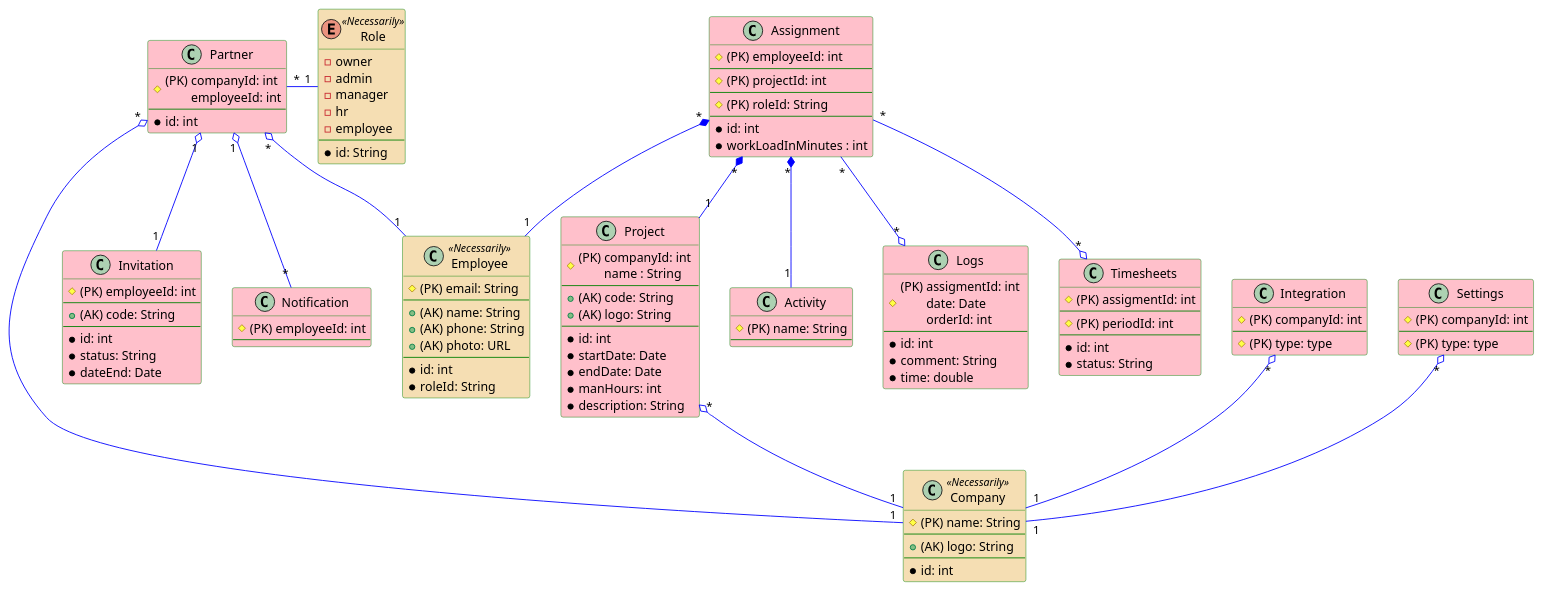
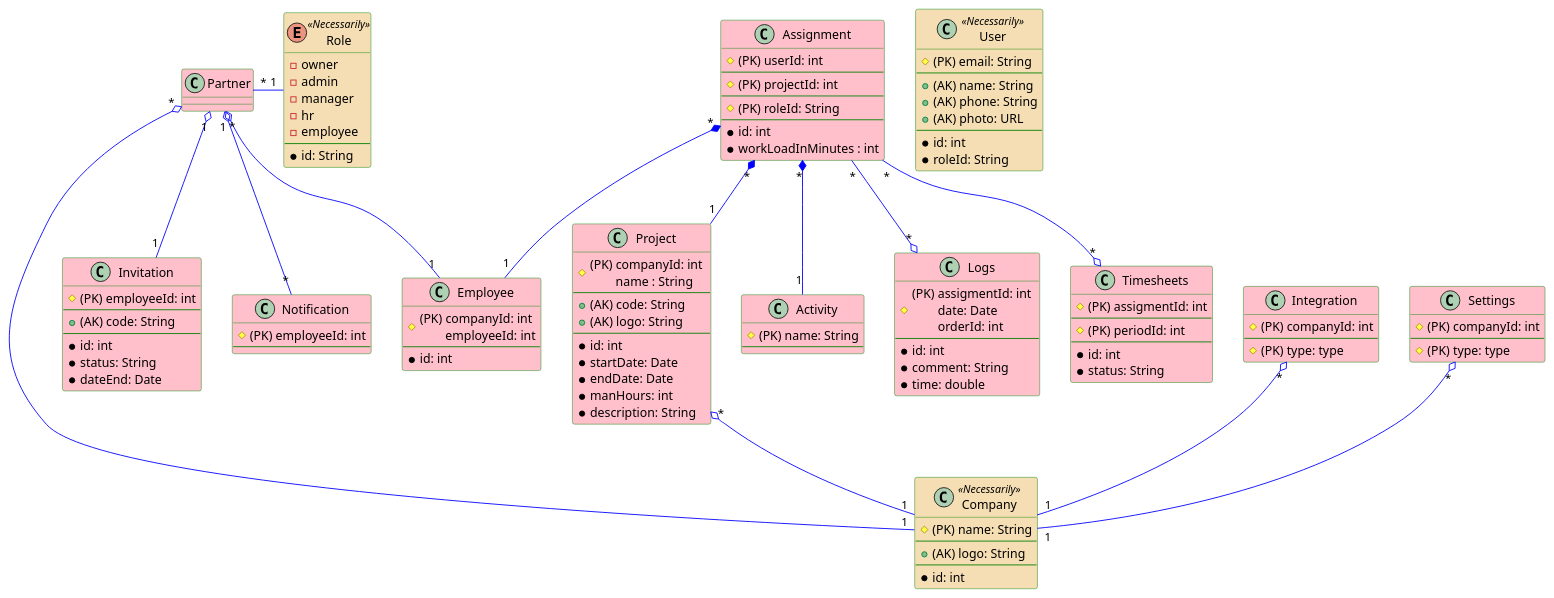
Before and after one commit to TicTacT0e/stormnet-springDJ: the diagram in src/schema.db.puml, drawn with PlantUML. The commit also changed 2 other files, not shown here.

Commit message:
change partner->employee

```diff
--- a/src/schema.db.puml
+++ b/src/schema.db.puml
@@ -1,132 +1,132 @@
 @startuml
 
     skinparam class {
         BackgroundColor Pink
         ArrowColor Blue
         BorderColor Green
         BackgroundColor<<Necessarily>> Wheat
     }
 
 	class Company <<Necessarily>> {
 	    # (PK) name: String
 	    --
 	    + (AK) logo: String
 	    --
 	    *id: int
 	}
 
-	class Partner {
+	class Employee {
 	    # (PK) companyId: int \n\temployeeId: int
 	    --
 	    *id: int
 	}
 
-	class Employee <<Necessarily>> {
+	class User <<Necessarily>> {
 	    # (PK) email: String
 	    --
 	    + (AK) name: String
 	    + (AK) phone: String
 	    + (AK) photo: URL
 	    --
 	    *id: int
 	    *roleId: String
 	}
 
 	class Project {
 	    # (PK) companyId: int \n\tname : String
 	    --
 	    + (AK) code: String
 	    + (AK) logo: String
 	    --
 	    *id: int
 	    *startDate: Date
 	    *endDate: Date
 	    *manHours: int
 	    *description: String
 	}
 
 	class Integration {
 	    #(PK) companyId: int
 	    --
 	    #(PK) type: type
 	}
 
 	class Settings {
 	    #(PK) companyId: int
     	--
     	#(PK) type: type
 	}
 
 	enum Role <<Necessarily>> {
 	    - owner
 	    - admin
 	    - manager
 	    - hr
 	    - employee
 	    --
 	    *id: String
      }
 
 	class Invitation {
 	    # (PK) employeeId: int
 	    --
 	    + (AK) code: String
 	    --
 	    *id: int
 	    *status: String
 	    *dateEnd: Date
 	}
 
 	class Notification {
 	    # (PK) employeeId: int
 	    --
 	}
 
 	class Assignment {
-	    # (PK) employeeId: int
+	    # (PK) userId: int
 	    --
 	    # (PK) projectId: int
 	    --
 	    # (PK) roleId: String
 	    --
 	    *id: int
 	    *workLoadInMinutes : int
 	}
 
 	class Activity {
 	    # (PK) name: String
 	    --
 	}
 
 	class Logs {
 	    # (PK) assigmentId: int \n\tdate: Date \n\torderId: int
 	    --
 	    *id: int
 	    *comment: String
 	    *time: double
 	}
 
 	class Timesheets {
 	    # (PK) assigmentId: int
 	    --
 	    # (PK) periodId: int
 	    --
 	    *id: int
 	    *status: String
 	}
 
 	Project "*" o-- "1" Company
 	Settings "*" o-- "1" Company
 	Integration "*" o-- "1" Company
 	Partner "*" o-- "1" Company
 	Partner "*" o-- "1" Employee
 	Partner "*" - "1" Role
 	Partner "1" o-- "1" Invitation
 	Partner "1" o-- "*" Notification
 	Assignment "*" *-- "1" Project
 	Assignment "*" *-- "1" Employee
 	Assignment "*" *-- "1" Activity
 	Assignment "*" --o "*" Logs
 	Assignment "*" --o "*" Timesheets
 
 @enduml
```
